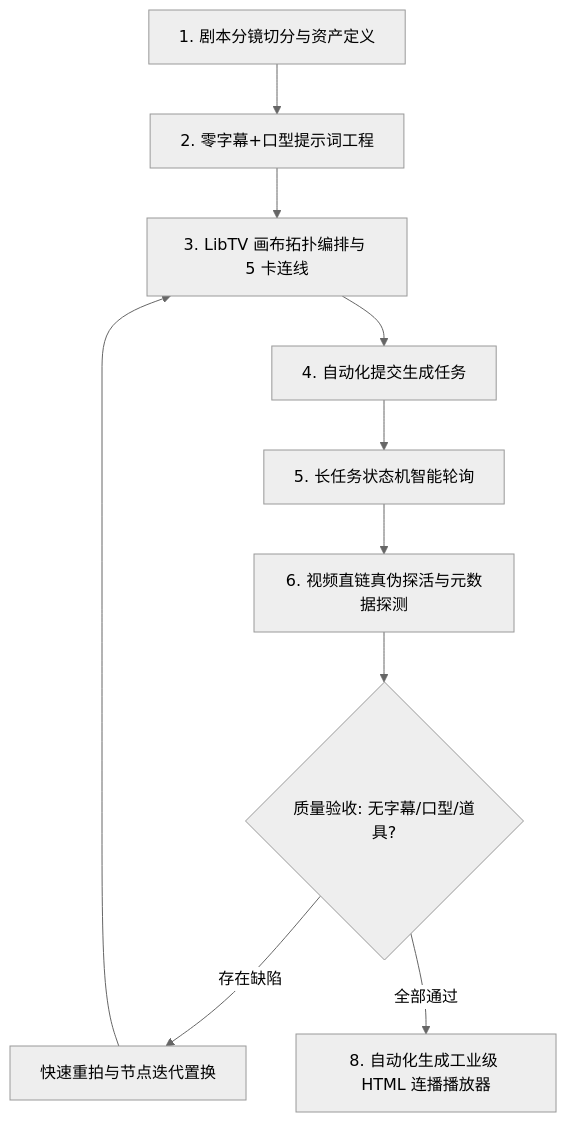
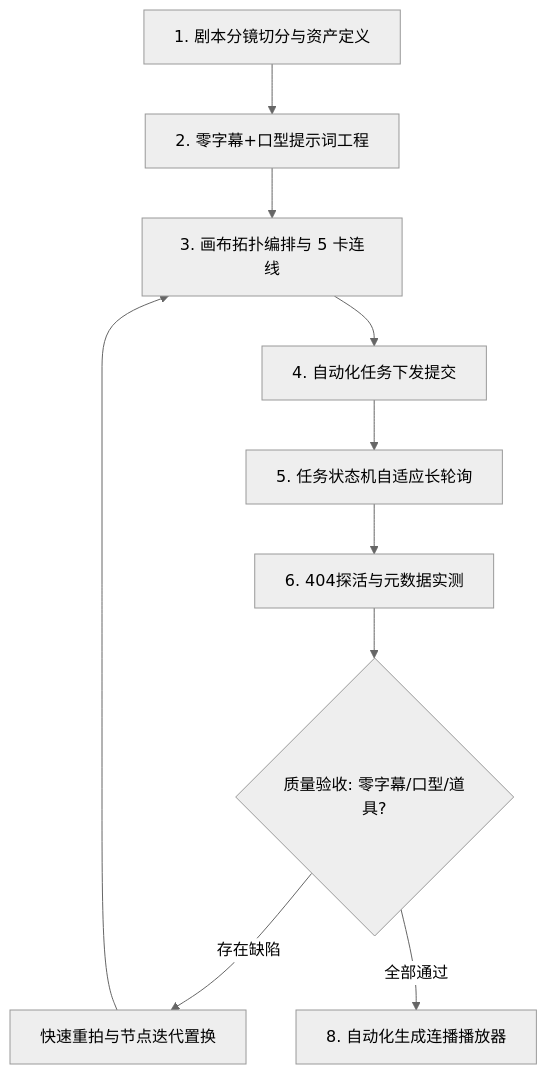
Before and after one commit to cnproduct/ai-drama-craftsman: the diagram in SKILL.md, drawn with Mermaid (neutral theme). The commit also changed other lines of this file and 7 other files, not shown here.

````diff
--- a/SKILL.md
+++ b/SKILL.md
@@ -23,12 +24,12 @@
 ```mermaid
 flowchart TD
-  S1[1. 剧本分镜切分与资产定义] --> S2[2. 零字幕+口型提示词工程]
-  S2 --> S3[3. LibTV 画布拓扑编排与 5 卡连线]
-  S3 --> S4[4. 自动化提交生成任务]
-  S4 --> S5[5. 长任务状态机智能轮询]
-  S5 --> S6[6. 视频直链真伪探活与元数据探测]
-  S6 --> S7{质量验收: 无字幕/口型/道具?}
-  S7 -- 存在缺陷 --> S8A[快速重拍与节点迭代置换]
+  S1["1. 剧本分镜切分与资产定义"] --> S2["2. 零字幕+口型提示词工程"]
+  S2 --> S3["3. 画布拓扑编排与 5 卡连线"]
+  S3 --> S4["4. 自动化任务下发提交"]
+  S4 --> S5["5. 任务状态机自适应长轮询"]
+  S5 --> S6["6. 404探活与元数据实测"]
+  S6 --> S7{"质量验收: 零字幕/口型/道具?"}
+  S7 -- "存在缺陷" --> S8A["快速重拍与节点迭代置换"]
   S8A --> S3
-  S7 -- 全部通过 --> S8B[8. 自动化生成工业级 HTML 连播播放器]
+  S7 -- "全部通过" --> S8B["8. 自动化生成连播播放器"]
 ```
````
